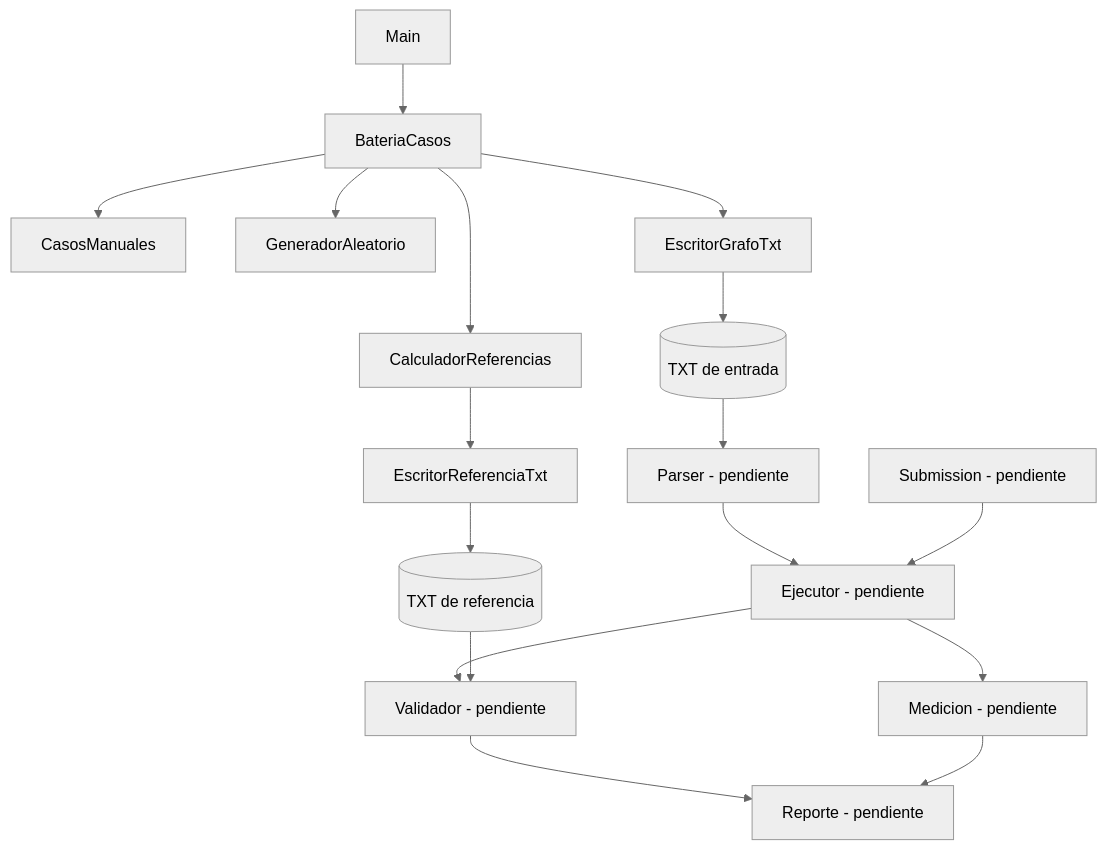
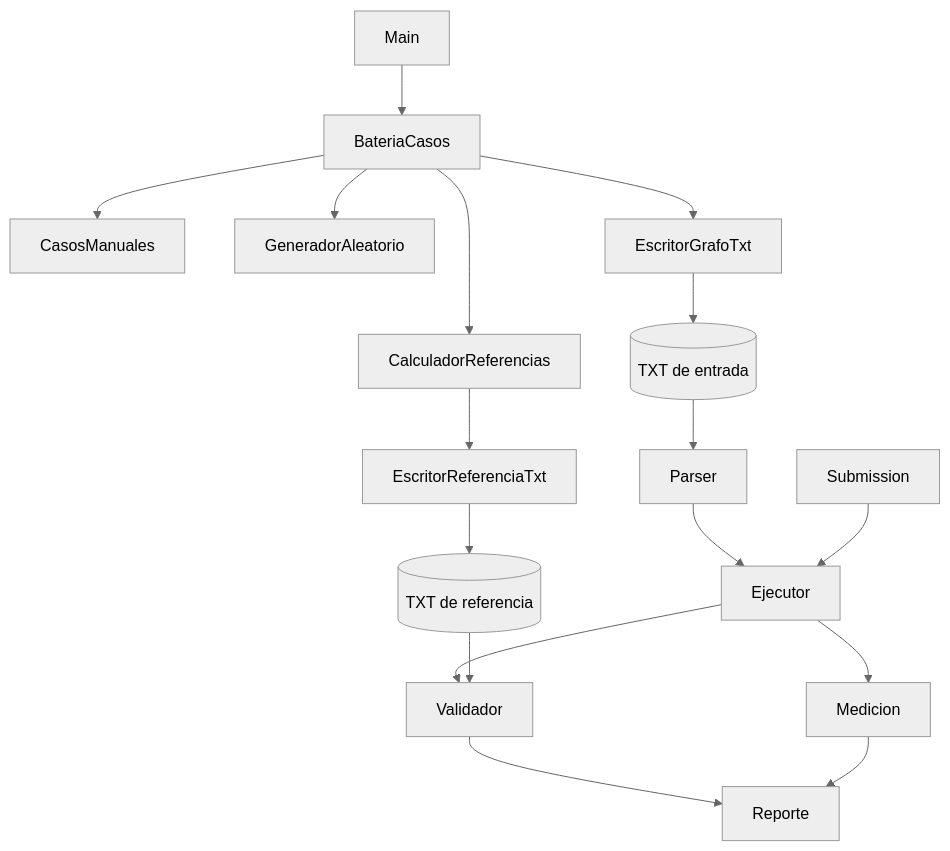
Before and after one commit to EndaraSebastian/Proyecto13-JuezGrafos: the first of 4 diagrams in docs/arquitectura.md, drawn with Mermaid (neutral theme). The commit also changed other lines of this file and 41 other files, not shown here.

````diff
--- a/docs/arquitectura.md
+++ b/docs/arquitectura.md
@@ -78,23 +82,23 @@
 ```mermaid
 flowchart TD
     A["Main"] --> B["BateriaCasos"]
     B --> C["CasosManuales"]
     B --> D["GeneradorAleatorio"]
     B --> E["EscritorGrafoTxt"]
     B --> F["CalculadorReferencias"]
     F --> G["EscritorReferenciaTxt"]
 
     E --> H[("TXT de entrada")]
     G --> I[("TXT de referencia")]
 
-    H --> J["Parser - pendiente"]
-    J --> K["Ejecutor - pendiente"]
-    L["Submission - pendiente"] --> K
+    H --> J["Parser"]
+    J --> K["Ejecutor"]
+    L["Submission"] --> K
 
-    K --> M["Validador - pendiente"]
+    K --> M["Validador"]
     I --> M
 
-    K --> N["Medicion - pendiente"]
-    M --> O["Reporte - pendiente"]
+    K --> N["Medicion"]
+    M --> O["Reporte"]
     N --> O
 ```
````
